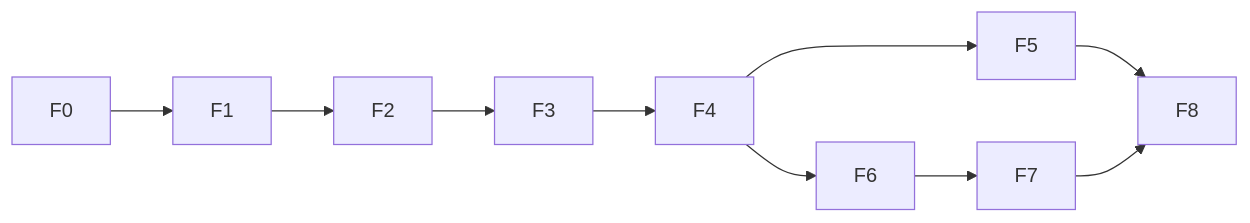
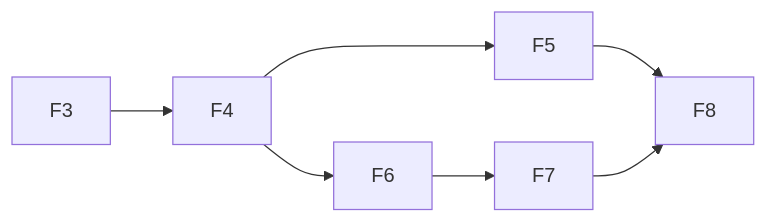
Before and after one commit to IvanDuart/sif-web: the diagram in doc/roadmap/plan-chat-mascota/plan-copiloto-implementacion.md, drawn with Mermaid. The commit also changed other lines of this file and 94 other files, not shown here.

````diff
--- a/doc/roadmap/plan-chat-mascota/plan-copiloto-implementacion.md
+++ b/doc/roadmap/plan-chat-mascota/plan-copiloto-implementacion.md
@@ -25,8 +63,6 @@
 ```mermaid
 flowchart LR
-  F0 --> F1 --> F2 --> F3 --> F4
-  F4 --> F5
-  F4 --> F6 --> F7
-  F5 --> F8
-  F7 --> F8
+  F3 --> F4
+  F4 --> F5 --> F8
+  F4 --> F6 --> F7 --> F8
 ```
````
